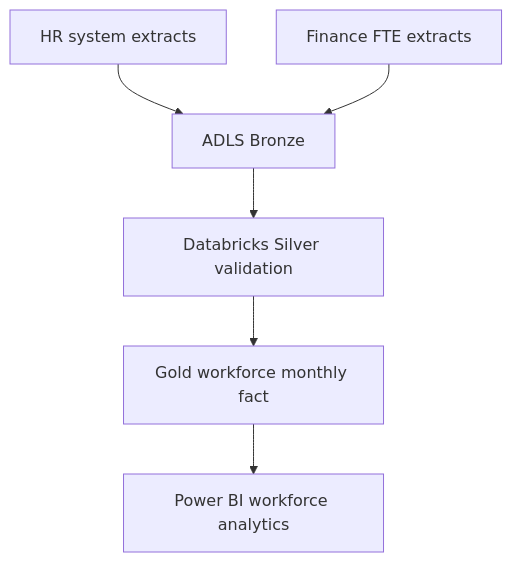
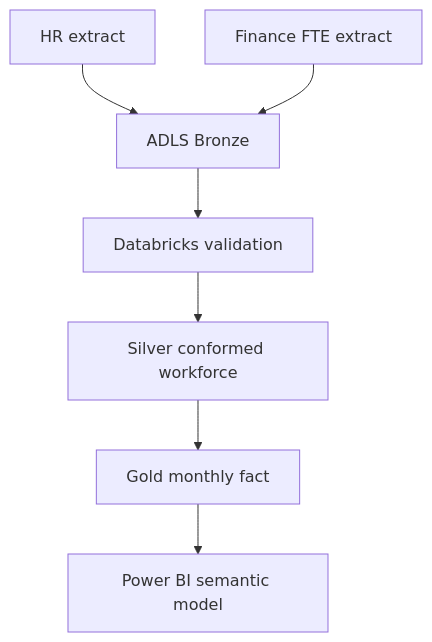
Before and after one commit to Shashidhara-KB/data-engineering-genai-portfolio: the diagram in projects/fte-workforce-analytics/README.md, drawn with Mermaid. The commit also changed other lines of this file, not shown here.

Commit message:
Rewrite workforce analytics project documentation

````diff
--- a/projects/fte-workforce-analytics/README.md
+++ b/projects/fte-workforce-analytics/README.md
@@ -9,8 +19,9 @@
 ```mermaid
 flowchart TD
-    A[HR system extracts] --> C[ADLS Bronze]
-    B[Finance FTE extracts] --> C
-    C --> D[Databricks Silver validation]
-    D --> E[Gold workforce monthly fact]
-    E --> F[Power BI workforce analytics]
+    A["HR extract"] --> C["ADLS Bronze"]
+    B["Finance FTE extract"] --> C
+    C --> D["Databricks validation"]
+    D --> E["Silver conformed workforce"]
+    E --> F["Gold monthly fact"]
+    F --> G["Power BI semantic model"]
 ```
````
